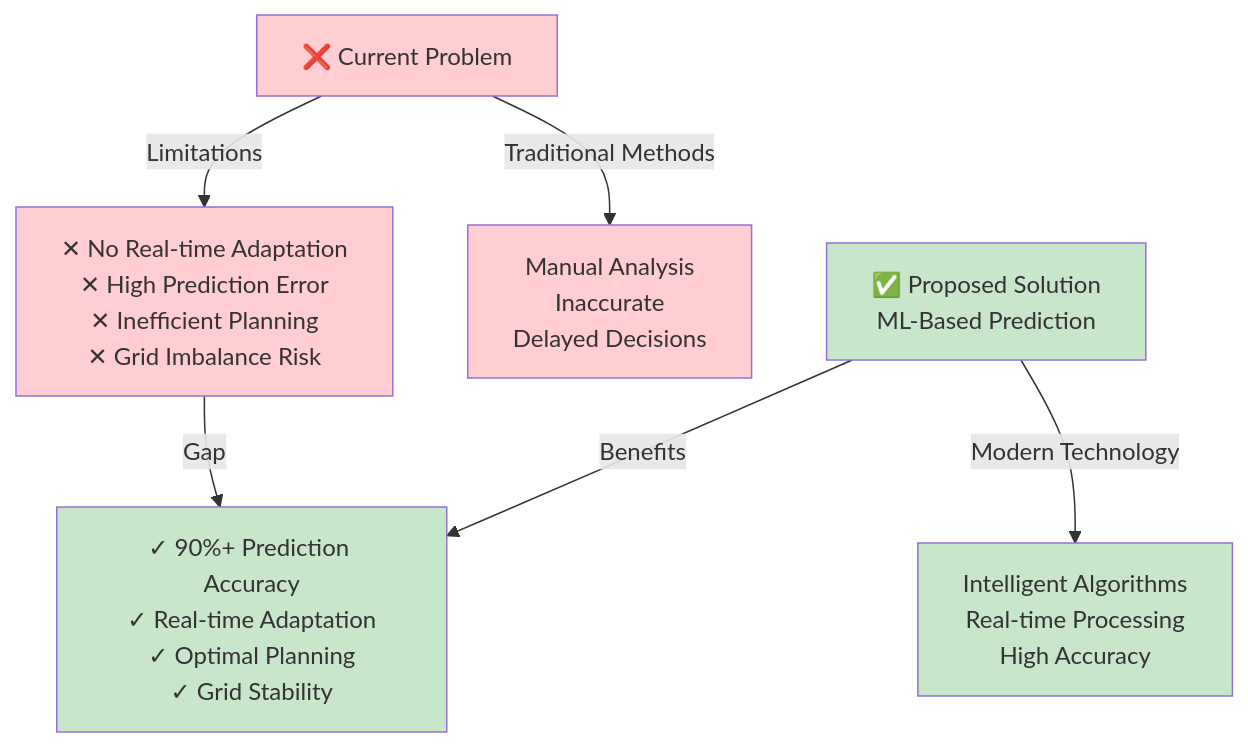
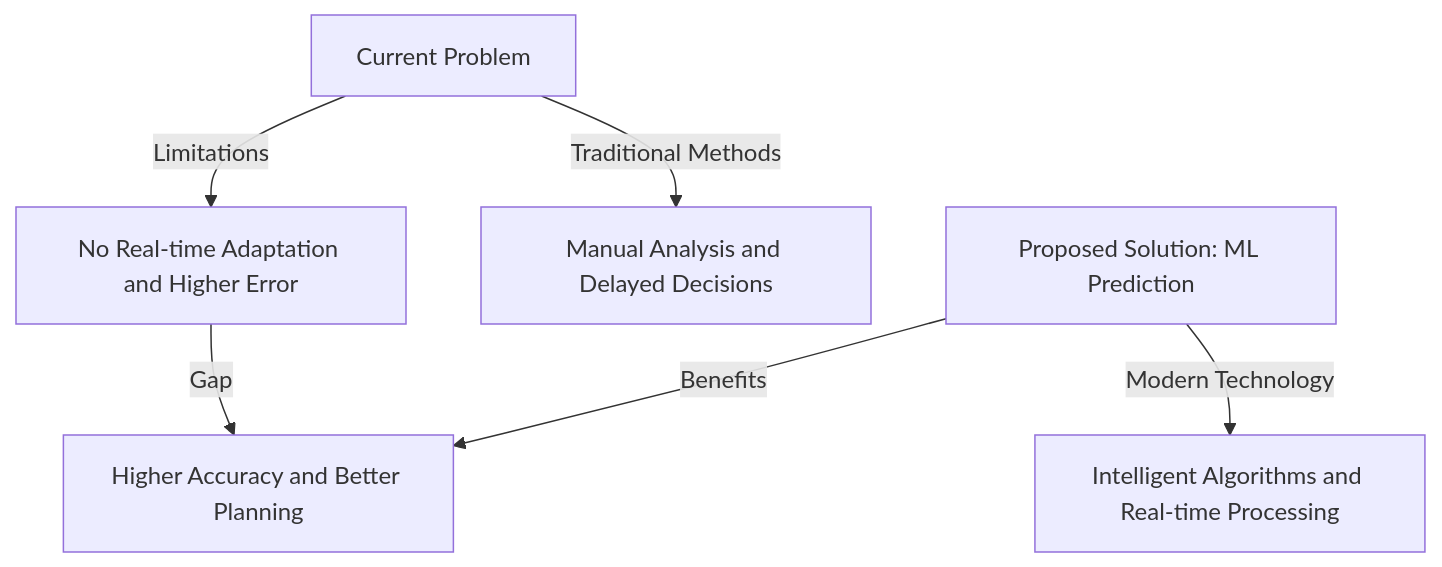
One commit to OrbitCoder-Store/Weather-Based-Prediction-of-Wind-Turbine-Energy-Output changed the first of 5 diagrams in README.md. Above: the diagram before and after it, drawn with Mermaid. The commit also changed other lines of this file and 4 other files, not shown here.

Commit message:
Fix Mermaid diagram rendering compatibility in README

````diff
--- a/README.md
+++ b/README.md
@@ -63,17 +63,8 @@
 ```mermaid
-graph TB
-    A["❌ Current Problem"] -->|Traditional Methods| B["Manual Analysis<br/>Inaccurate<br/>Delayed Decisions"]
-    A -->|Limitations| C["✕ No Real-time Adaptation<br/>✕ High Prediction Error<br/>✕ Inefficient Planning<br/>✕ Grid Imbalance Risk"]
-    
-    D["✅ Proposed Solution<br/>ML-Based Prediction"] -->|Modern Technology| E["Intelligent Algorithms<br/>Real-time Processing<br/>High Accuracy"]
-    D -->|Benefits| F["✓ 90%+ Prediction Accuracy<br/>✓ Real-time Adaptation<br/>✓ Optimal Planning<br/>✓ Grid Stability"]
-    
+flowchart TB
+    A[Current Problem] -->|Traditional Methods| B[Manual Analysis and Delayed Decisions]
+    A -->|Limitations| C[No Real-time Adaptation and Higher Error]
+    D[Proposed Solution: ML Prediction] -->|Modern Technology| E[Intelligent Algorithms and Real-time Processing]
+    D -->|Benefits| F[Higher Accuracy and Better Planning]
     C -->|Gap| F
-    
-    style A fill:#FFCDD2
-    style B fill:#FFCDD2
-    style C fill:#FFCDD2
-    style D fill:#C8E6C9
-    style E fill:#C8E6C9
-    style F fill:#C8E6C9
 ```
````
